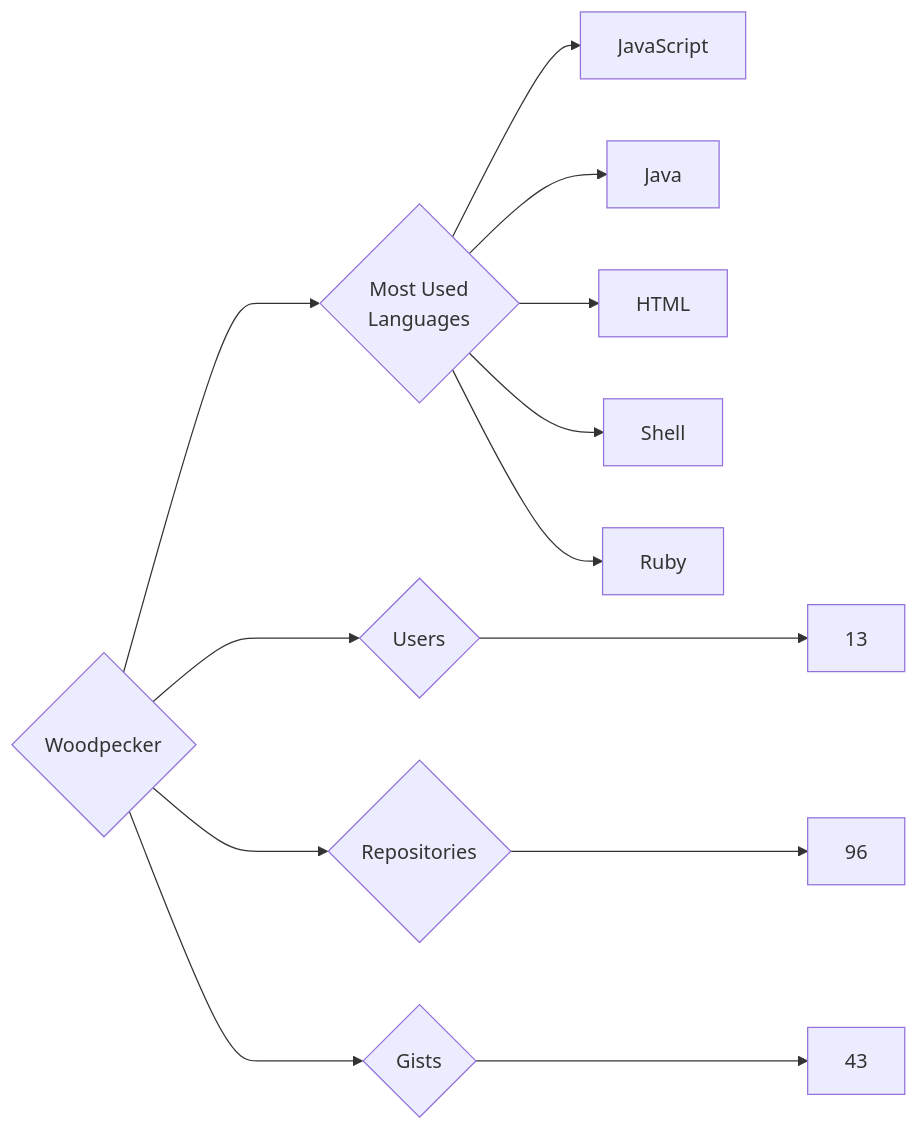
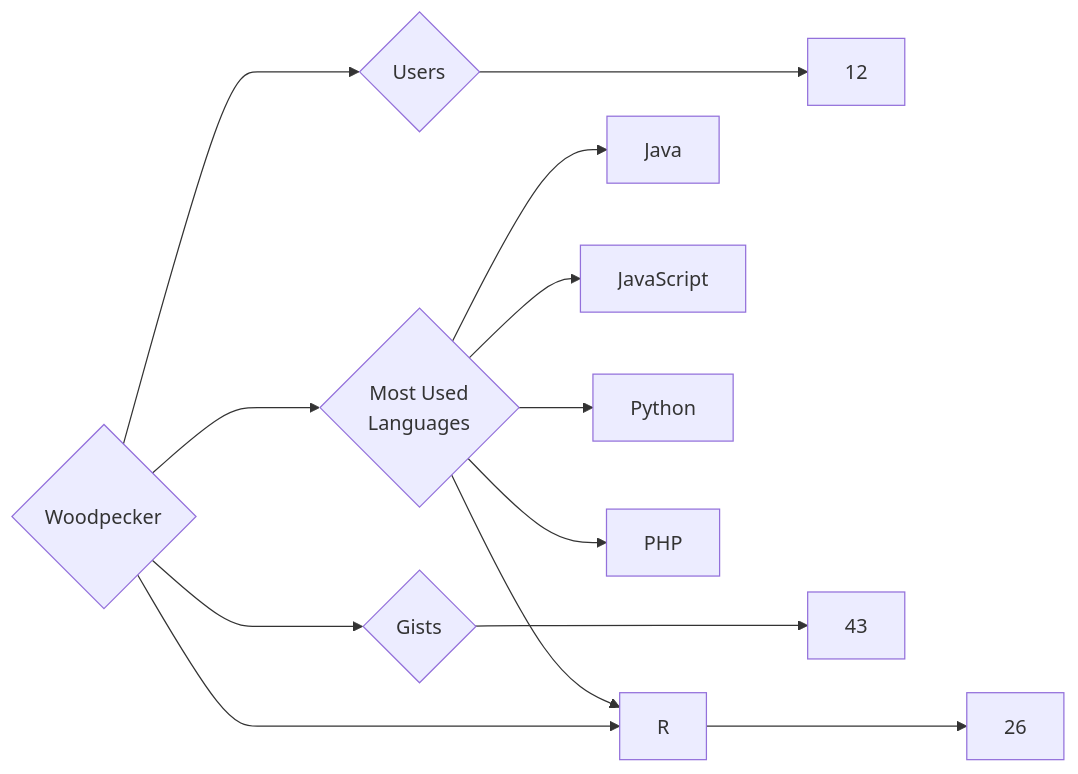
One commit to trickest/insiders changed the diagram in targets/Woodpecker/README.md. Above: the diagram before and after it, drawn with Mermaid. The commit also changed 794 other files, not shown here.

````diff
--- a/targets/Woodpecker/README.md
+++ b/targets/Woodpecker/README.md
@@ -3,13 +3,13 @@
 ```mermaid
 graph LR
 COMPANY_NAME{Woodpecker}
-COMPANY_NAME ---> U{Users} ---> UN[13]
-COMPANY_NAME ---> R{Repositories} ---> RN[96]
+COMPANY_NAME ---> U{Users} ---> UN[12]
+COMPANY_NAME ---> R{Repositories} ---> RN[26]
 COMPANY_NAME ---> G{Gists} ---> GN[43]
 COMPANY_NAME ---> ML{Most Used<br>Languages}
+ML --> Java[Java]
 ML --> JavaScript[JavaScript]
-ML --> Java[Java]
-ML --> HTML[HTML]
-ML --> Shell[Shell]
-ML --> Ruby[Ruby]
+ML --> Python[Python]
+ML --> R[R]
+ML --> PHP[PHP]
 ```
````
